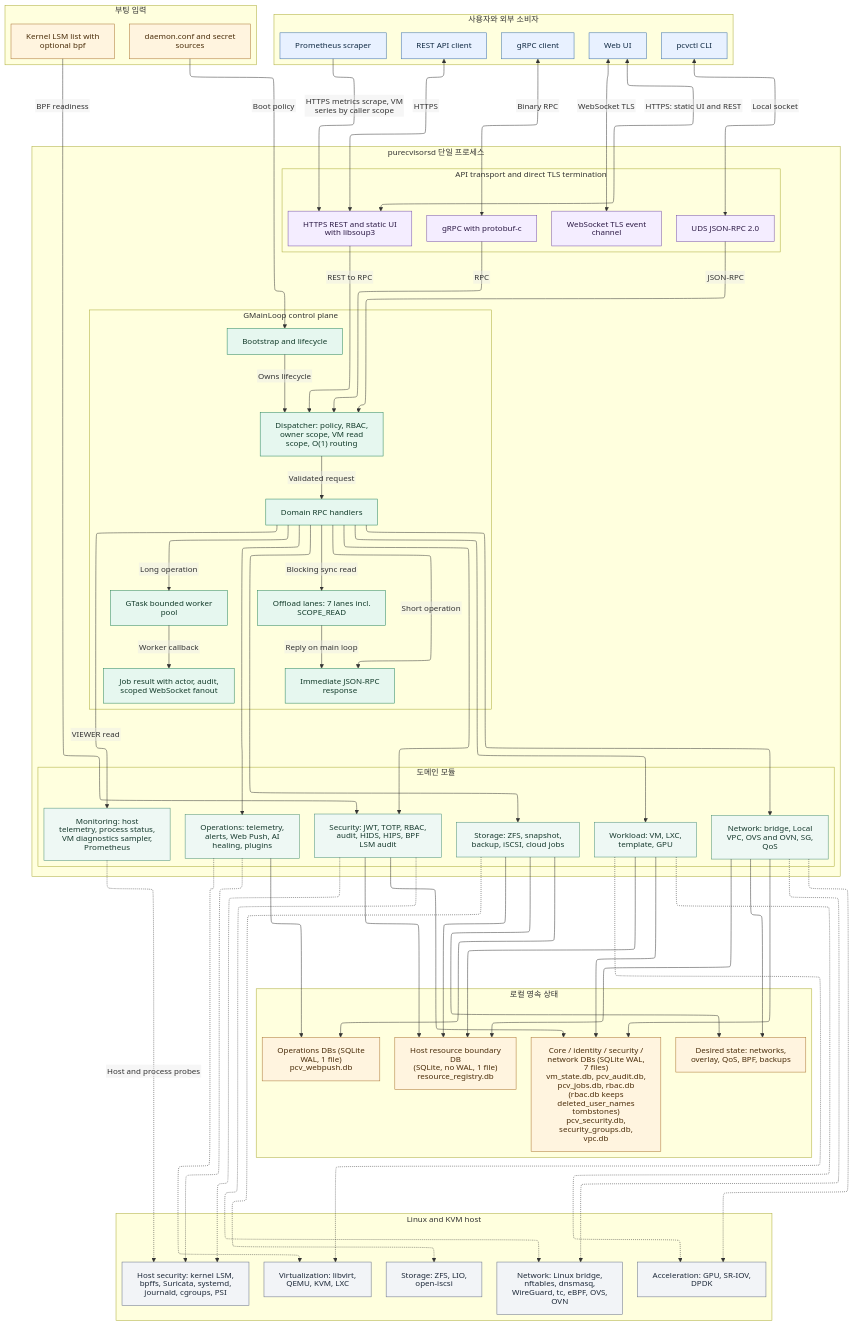
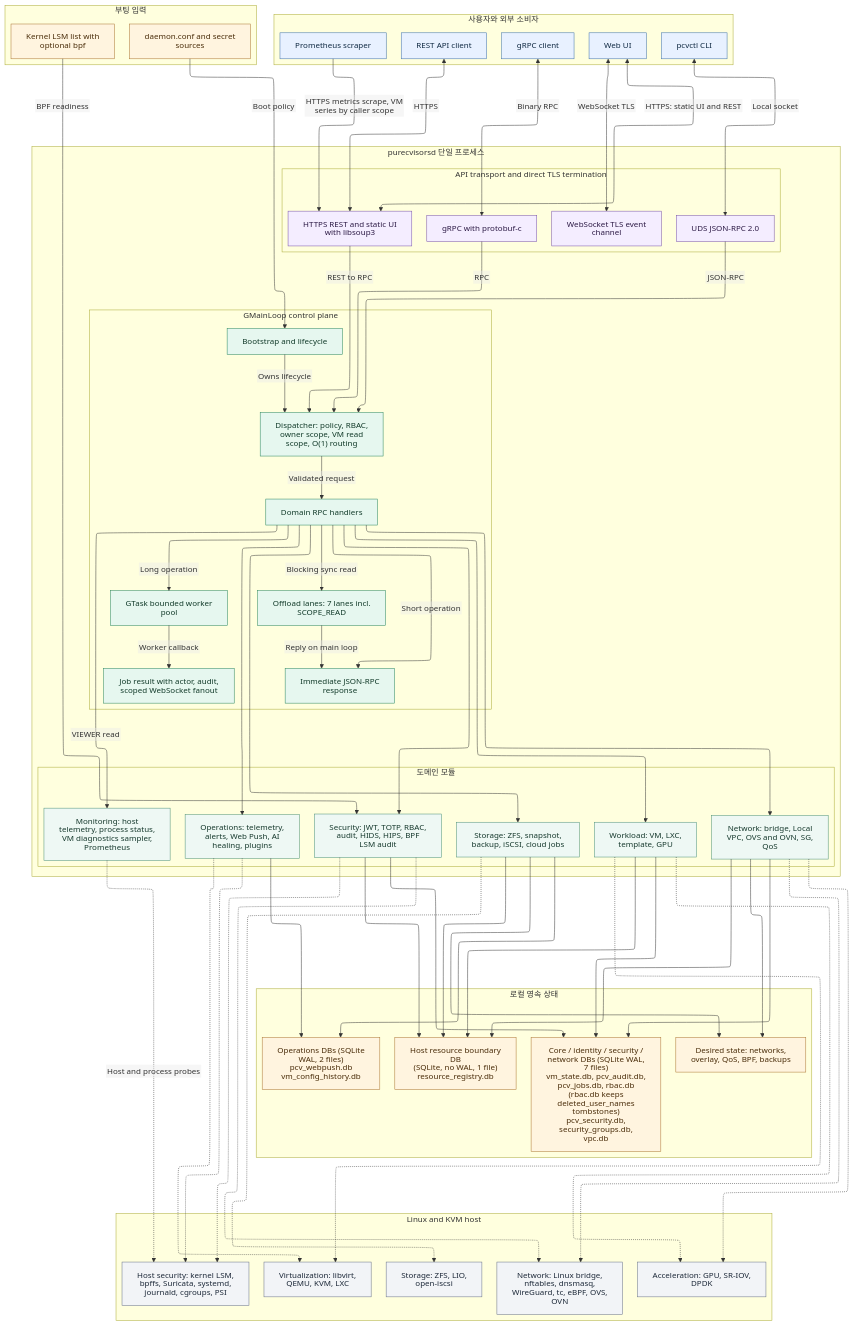
The diagram in docs/architecture/purecvisor-single-direct-https-architecture.mmd (HardcoreMonk/purecvisor), drawn with Mermaid before and after one commit. The commit also changed 14 other files, not shown here.

First line of the commit message:
docs(db): describe 10 public SQLite DBs and 33 permanent tables

```diff
--- a/docs/architecture/purecvisor-single-direct-https-architecture.mmd
+++ b/docs/architecture/purecvisor-single-direct-https-architecture.mmd
@@ -1,130 +1,130 @@
 %%{init: {"htmlLabels": false, "markdownAutoWrap": false, "flowchart": {"defaultRenderer": "elk", "htmlLabels": false, "nodeSpacing": 28, "rankSpacing": 48}}}%%
 flowchart TB
     subgraph clients ["사용자와 외부 소비자"]
         direction LR
         webUi["Web UI"]
         pcvctl["pcvctl CLI"]
         apiClient["REST API client"]
         grpcClient["gRPC client"]
         promClient["Prometheus scraper"]
     end
 
     subgraph bootInputs ["부팅 입력"]
         configStore["daemon.conf and secret sources"]
         kernelLsm["Kernel LSM list with optional bpf"]
     end
 
     subgraph daemon ["purecvisorsd 단일 프로세스"]
         direction TB
 
         subgraph transports ["API transport and direct TLS termination"]
             direction LR
             udsApi["UDS JSON-RPC 2.0"]
             restApi["HTTPS REST and static UI with libsoup3"]
             grpcApi["gRPC with protobuf-c"]
             wsApi["WebSocket TLS event channel"]
         end
 
         subgraph core ["GMainLoop control plane"]
             direction LR
             mainLoop["Bootstrap and lifecycle"]
             dispatcher["Dispatcher: policy, RBAC, owner scope, VM read scope, O(1) routing"]
             handlers["Domain RPC handlers"]
             syncPath["Immediate JSON-RPC response"]
             workerPool["GTask bounded worker pool"]
             offloadLanes["Offload lanes: 7 lanes incl. SCOPE_READ"]
             completion["Job result with actor, audit, scoped WebSocket fanout"]
         end
 
         subgraph domains ["도메인 모듈"]
             direction LR
             workloadDomain["Workload: VM, LXC, template, GPU"]
             networkDomain["Network: bridge, Local VPC, OVS and OVN, SG, QoS"]
             storageDomain["Storage: ZFS, snapshot, backup, iSCSI, cloud jobs"]
             securityDomain["Security: JWT, TOTP, RBAC, audit, HIDS, HIPS, BPF LSM audit"]
             monitorDomain["Monitoring: host telemetry, process status, VM diagnostics sampler, Prometheus"]
             opsDomain["Operations: telemetry, alerts, Web Push, AI healing, plugins"]
         end
     end
 
     subgraph persistence ["로컬 영속 상태"]
         direction LR
         coreDb["Core / identity / security / network DBs (SQLite WAL, 7 files)<br/>vm_state.db, pcv_audit.db, pcv_jobs.db, rbac.db<br/>(rbac.db keeps deleted_user_names tombstones)<br/>pcv_security.db, security_groups.db, vpc.db"]
-        operationsDb["Operations DBs (SQLite WAL, 1 file)<br/>pcv_webpush.db"]
+        operationsDb["Operations DBs (SQLite WAL, 2 files)<br/>pcv_webpush.db<br/>vm_config_history.db"]
         resourceDb["Host resource boundary DB<br/>(SQLite, no WAL, 1 file)<br/>resource_registry.db"]
         desiredStore["Desired state: networks, overlay, QoS, BPF, backups"]
     end
 
     subgraph host ["Linux and KVM host"]
         direction LR
         virtPlatform["Virtualization: libvirt, QEMU, KVM, LXC"]
         storagePlatform["Storage: ZFS, LIO, open-iscsi"]
         networkPlatform["Network: Linux bridge, nftables, dnsmasq, WireGuard, tc, eBPF, OVS, OVN"]
         securityPlatform["Host security: kernel LSM, bpffs, Suricata, systemd, journald, cgroups, PSI"]
         accelPlatform["Acceleration: GPU, SR-IOV, DPDK"]
     end
 
     webUi <-->|"HTTPS: static UI and REST"| restApi
     webUi <-->|"WebSocket TLS"| wsApi
     apiClient <-->|"HTTPS"| restApi
     promClient -->|"HTTPS metrics scrape, VM series by caller scope"| restApi
     pcvctl <-->|"Local socket"| udsApi
     grpcClient <-->|"Binary RPC"| grpcApi
 
     udsApi -->|"JSON-RPC"| dispatcher
     restApi -->|"REST to RPC"| dispatcher
     grpcApi -->|"RPC"| dispatcher
     mainLoop -->|"Owns lifecycle"| dispatcher
     configStore -->|"Boot policy"| mainLoop
     kernelLsm -->|"BPF readiness"| securityDomain
 
     dispatcher -->|"Validated request"| handlers
     handlers -->|"Short operation"| syncPath
     handlers -->|"Blocking sync read"| offloadLanes
     offloadLanes -->|"Reply on main loop"| syncPath
     handlers -->|"Long operation"| workerPool
     workerPool -->|"Worker callback"| completion
 
     handlers --> workloadDomain
     handlers --> networkDomain
     handlers --> storageDomain
     handlers --> securityDomain
     handlers -->|"VIEWER read"| monitorDomain
     handlers --> opsDomain
 
     workloadDomain --> coreDb
     workloadDomain --> resourceDb
     networkDomain --> desiredStore
     networkDomain --> coreDb
     networkDomain --> resourceDb
     storageDomain --> desiredStore
     storageDomain --> operationsDb
     storageDomain --> resourceDb
     securityDomain --> coreDb
     securityDomain --> resourceDb
     opsDomain --> operationsDb
 
     workloadDomain -.-> virtPlatform
     workloadDomain -.-> accelPlatform
     networkDomain -.-> networkPlatform
     networkDomain -.-> accelPlatform
     storageDomain -.-> storagePlatform
     securityDomain -.-> networkPlatform
     securityDomain -.-> securityPlatform
     monitorDomain -.->|"Host and process probes"| securityPlatform
     opsDomain -.-> virtPlatform
     opsDomain -.-> securityPlatform
 
     classDef clientNode fill:#e8f1ff,stroke:#3b6ea8,color:#102a43,stroke-width:1px;
     classDef ingressNode fill:#f4edff,stroke:#7650a8,color:#2d1b46,stroke-width:1px;
     classDef runtimeNode fill:#e6f7ef,stroke:#27845d,color:#123b2a,stroke-width:1px;
     classDef domainNode fill:#eef8f4,stroke:#4a8f76,color:#173a2e,stroke-width:1px;
     classDef dataNode fill:#fff4df,stroke:#aa7430,color:#4a2d0a,stroke-width:1px;
     classDef hostNode fill:#f2f4f7,stroke:#667085,color:#1d2939,stroke-width:1px;
 
     class webUi,pcvctl,apiClient,grpcClient,promClient clientNode;
     class udsApi,restApi,grpcApi,wsApi ingressNode;
     class mainLoop,dispatcher,handlers,syncPath,workerPool,offloadLanes,completion runtimeNode;
     class workloadDomain,networkDomain,storageDomain,securityDomain,monitorDomain,opsDomain domainNode;
     class configStore,kernelLsm,coreDb,operationsDb,resourceDb,desiredStore dataNode;
     class virtPlatform,storagePlatform,networkPlatform,securityPlatform,accelPlatform hostNode;
```
